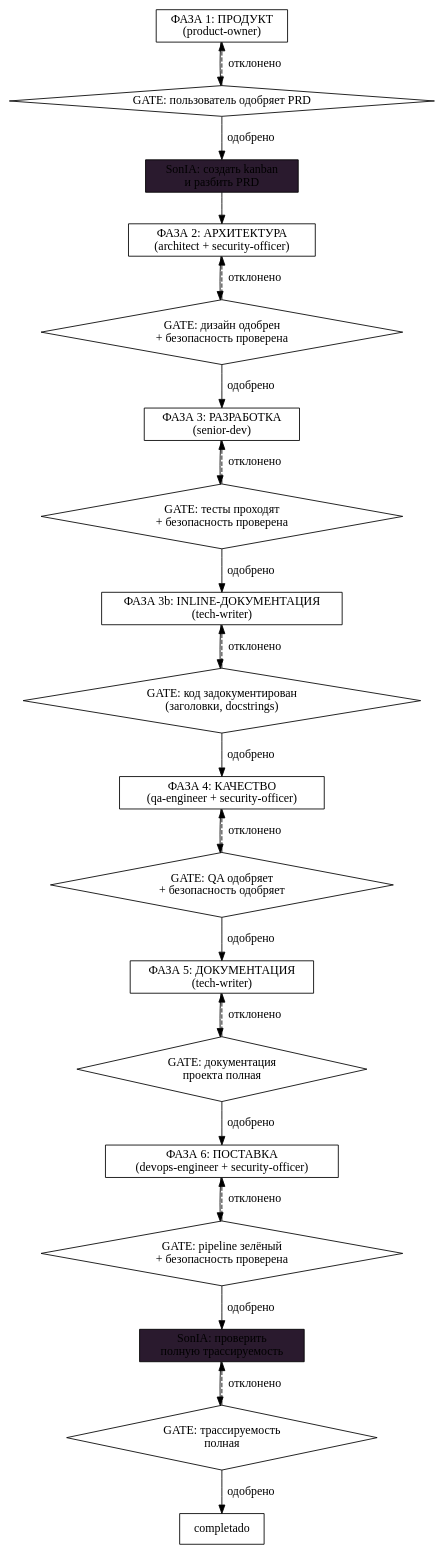
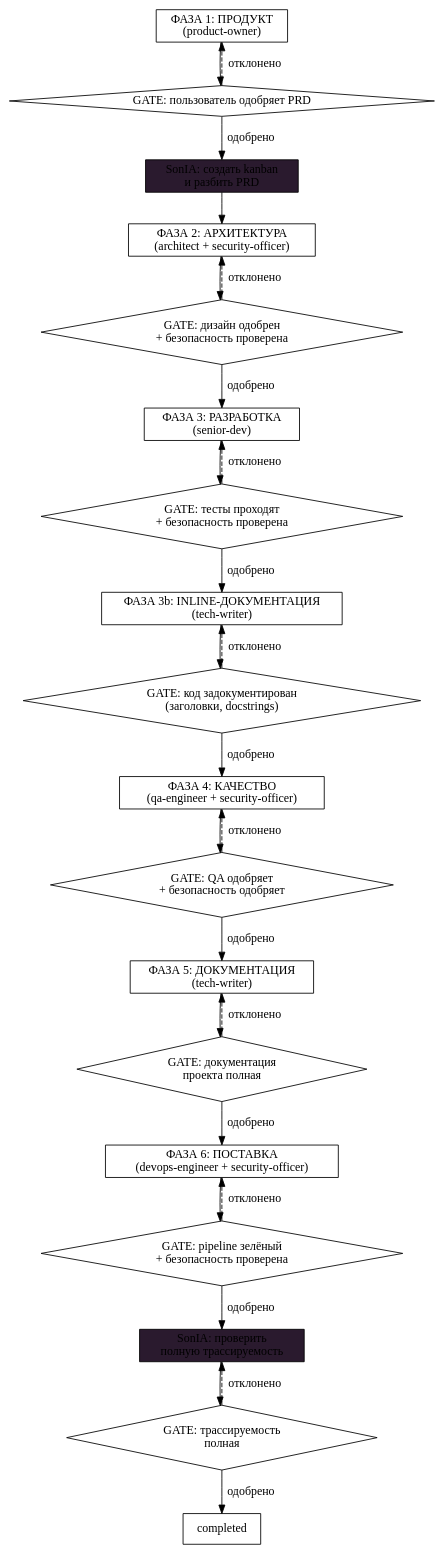
One commit to grigoriev/alfred-dev changed the first of 3 diagrams in agents/alfred.md. Above: the diagram before and after it, drawn with Graphviz. The commit also changed other lines of this file and 106 other files, not shown here.

````diff
--- a/agents/alfred.md
+++ b/agents/alfred.md
@@ -112,51 +112,51 @@
 ```dot
 digraph feature_flow {
     rankdir=TB;
     node [shape=box];
 
-    producto [label="ФАЗА 1: ПРОДУКТ\n(product-owner)"];
+    product [label="ФАЗА 1: ПРОДУКТ\n(product-owner)"];
     kanban [label="SonIA: создать kanban\nи разбить PRD" style=filled fillcolor="#2a1a2e"];
-    arquitectura [label="ФАЗА 2: АРХИТЕКТУРА\n(architect + security-officer)"];
-    desarrollo [label="ФАЗА 3: РАЗРАБОТКА\n(senior-dev)"];
+    architecture [label="ФАЗА 2: АРХИТЕКТУРА\n(architect + security-officer)"];
+    development [label="ФАЗА 3: РАЗРАБОТКА\n(senior-dev)"];
     doc_inline [label="ФАЗА 3b: INLINE-ДОКУМЕНТАЦИЯ\n(tech-writer)"];
-    calidad [label="ФАЗА 4: КАЧЕСТВО\n(qa-engineer + security-officer)"];
-    documentacion [label="ФАЗА 5: ДОКУМЕНТАЦИЯ\n(tech-writer)"];
-    entrega [label="ФАЗА 6: ПОСТАВКА\n(devops-engineer + security-officer)"];
-    cierre [label="SonIA: проверить\nполную трассируемость" style=filled fillcolor="#2a1a2e"];
+    quality [label="ФАЗА 4: КАЧЕСТВО\n(qa-engineer + security-officer)"];
+    documentation [label="ФАЗА 5: ДОКУМЕНТАЦИЯ\n(tech-writer)"];
+    delivery [label="ФАЗА 6: ПОСТАВКА\n(devops-engineer + security-officer)"];
+    closing [label="SonIA: проверить\nполную трассируемость" style=filled fillcolor="#2a1a2e"];
 
     gate_prd [label="GATE: пользователь одобряет PRD" shape=diamond];
     gate_arq [label="GATE: дизайн одобрен\n+ безопасность проверена" shape=diamond];
     gate_dev [label="GATE: тесты проходят\n+ безопасность проверена" shape=diamond];
     gate_doc_inline [label="GATE: код задокументирован\n(заголовки, docstrings)" shape=diamond];
     gate_qa [label="GATE: QA одобряет\n+ безопасность одобряет" shape=diamond];
     gate_doc [label="GATE: документация\nпроекта полная" shape=diamond];
     gate_ship [label="GATE: pipeline зелёный\n+ безопасность проверена" shape=diamond];
     gate_traza [label="GATE: трассируемость\nполная" shape=diamond];
 
-    producto -> gate_prd;
+    product -> gate_prd;
     gate_prd -> kanban [label="одобрено"];
-    gate_prd -> producto [label="отклонено" style=dashed];
-    kanban -> arquitectura;
-    arquitectura -> gate_arq;
-    gate_arq -> desarrollo [label="одобрено"];
-    gate_arq -> arquitectura [label="отклонено" style=dashed];
-    desarrollo -> gate_dev;
+    gate_prd -> product [label="отклонено" style=dashed];
+    kanban -> architecture;
+    architecture -> gate_arq;
+    gate_arq -> development [label="одобрено"];
+    gate_arq -> architecture [label="отклонено" style=dashed];
+    development -> gate_dev;
     gate_dev -> doc_inline [label="одобрено"];
-    gate_dev -> desarrollo [label="отклонено" style=dashed];
+    gate_dev -> development [label="отклонено" style=dashed];
     doc_inline -> gate_doc_inline;
-    gate_doc_inline -> calidad [label="одобрено"];
+    gate_doc_inline -> quality [label="одобрено"];
     gate_doc_inline -> doc_inline [label="отклонено" style=dashed];
-    calidad -> gate_qa;
-    gate_qa -> documentacion [label="одобрено"];
-    gate_qa -> calidad [label="отклонено" style=dashed];
-    documentacion -> gate_doc;
-    gate_doc -> entrega [label="одобрено"];
-    gate_doc -> documentacion [label="отклонено" style=dashed];
-    entrega -> gate_ship;
-    gate_ship -> cierre [label="одобрено"];
-    gate_ship -> entrega [label="отклонено" style=dashed];
-    cierre -> gate_traza;
-    gate_traza -> completado [label="одобрено" shape=doublecircle];
-    gate_traza -> cierre [label="отклонено" style=dashed];
+    quality -> gate_qa;
+    gate_qa -> documentation [label="одобрено"];
+    gate_qa -> quality [label="отклонено" style=dashed];
+    documentation -> gate_doc;
+    gate_doc -> delivery [label="одобрено"];
+    gate_doc -> documentation [label="отклонено" style=dashed];
+    delivery -> gate_ship;
+    gate_ship -> closing [label="одобрено"];
+    gate_ship -> delivery [label="отклонено" style=dashed];
+    closing -> gate_traza;
+    gate_traza -> completed [label="одобрено" shape=doublecircle];
+    gate_traza -> closing [label="отклонено" style=dashed];
 }
 ```
````
